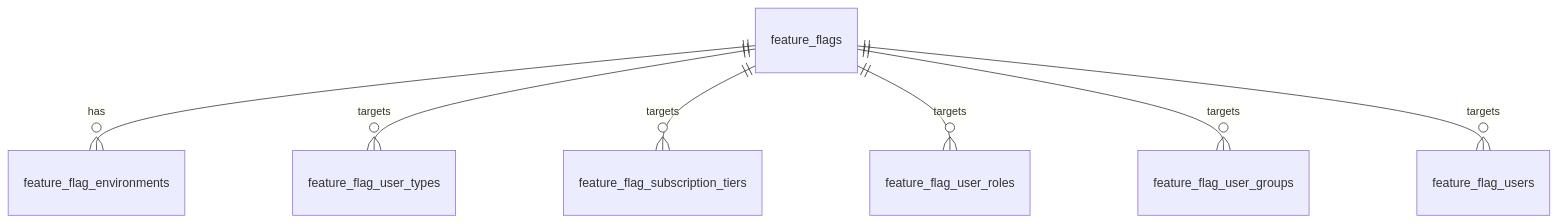
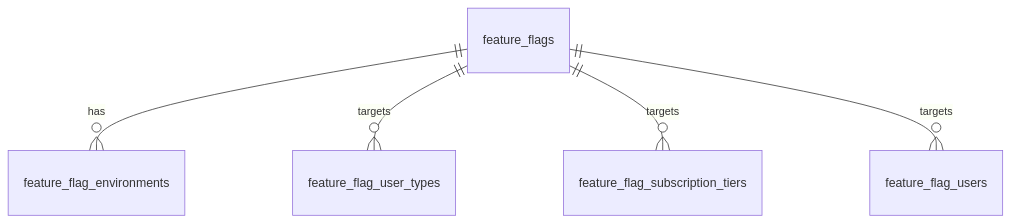
The third of 6 diagrams in apps/web/src/features/feature-flags/FEATURE_FLAG_SYSTEM.md (erikpr1994/peakHealth), drawn with Mermaid before and after one commit. The commit also changed other lines of this file and 23 other files, not shown here.

````diff
--- a/apps/web/src/features/feature-flags/FEATURE_FLAG_SYSTEM.md
+++ b/apps/web/src/features/feature-flags/FEATURE_FLAG_SYSTEM.md
@@ -125,9 +124,7 @@
 ```mermaid
 erDiagram
   feature_flags ||--o{ feature_flag_environments : has
   feature_flags ||--o{ feature_flag_user_types : targets
   feature_flags ||--o{ feature_flag_subscription_tiers : targets
-  feature_flags ||--o{ feature_flag_user_roles : targets
-  feature_flags ||--o{ feature_flag_user_groups : targets
   feature_flags ||--o{ feature_flag_users : targets
 ```
````
